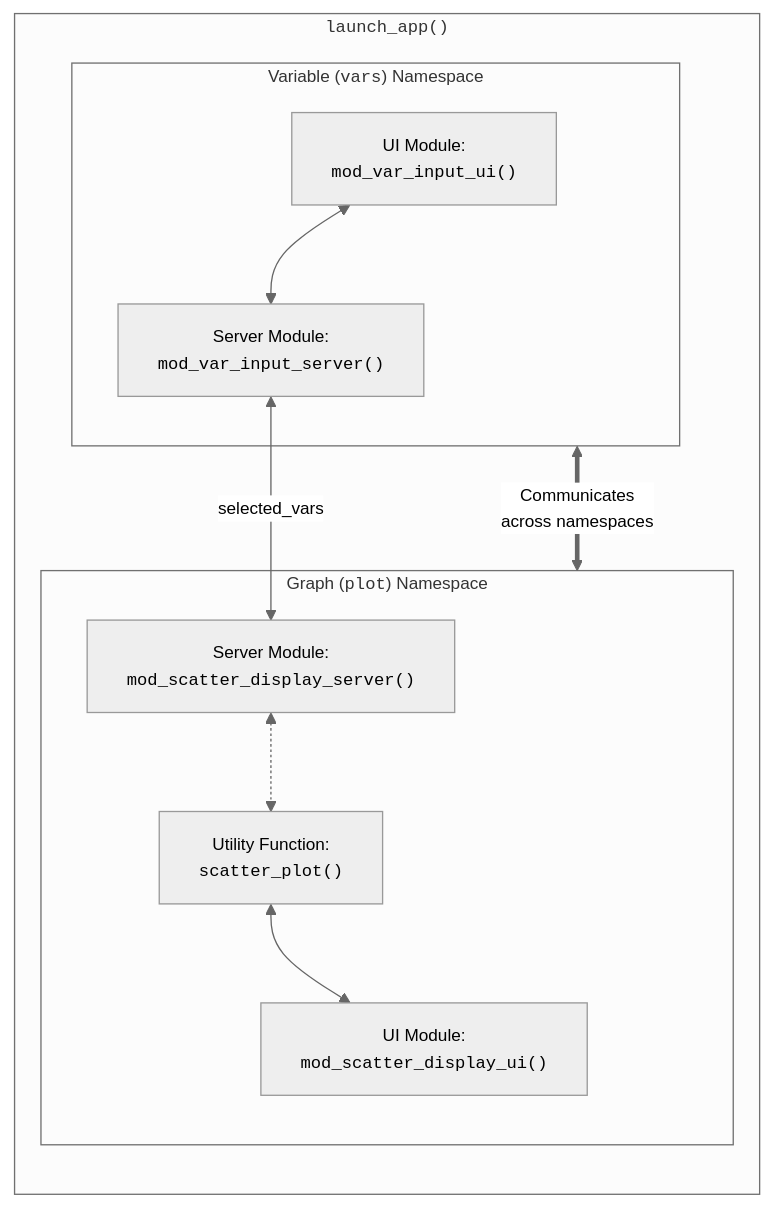
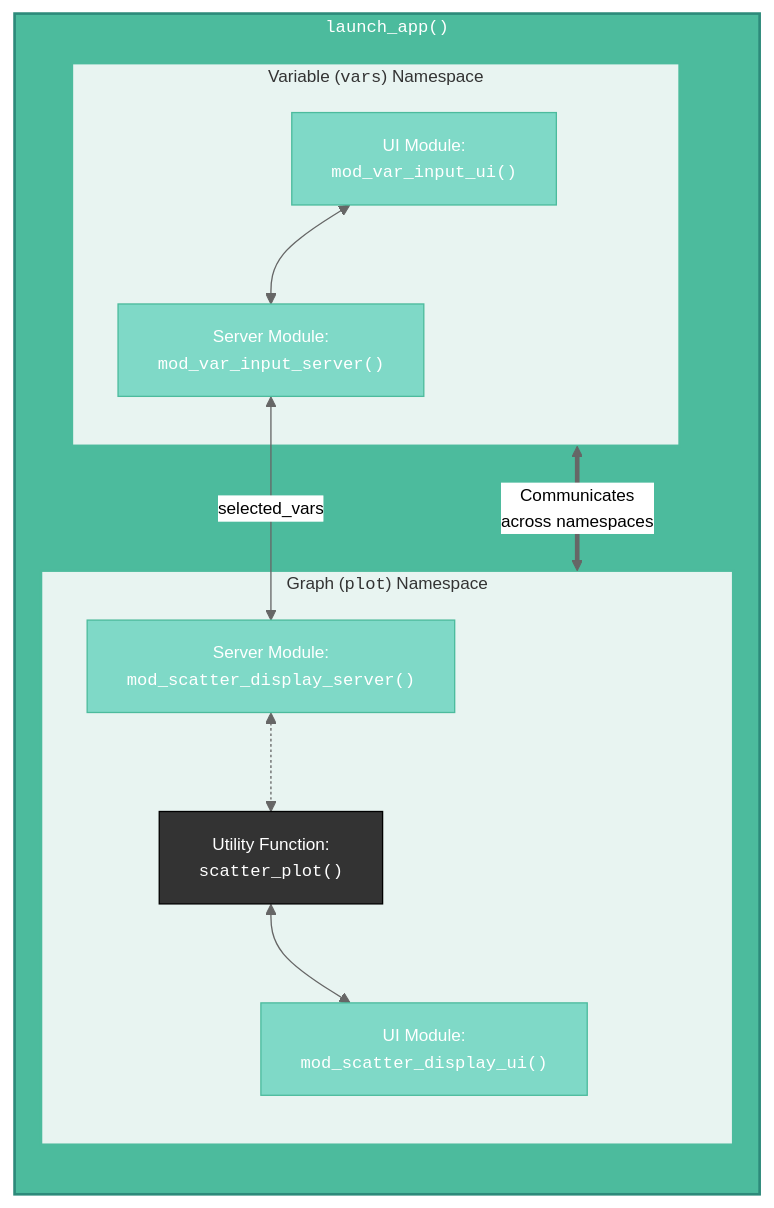
One commit to mjfrigaard/shiny-app-pkgs changed the third of 3 diagrams in shiny.qmd. Above: the diagram before and after it, drawn with Mermaid. The commit also changed other lines of this file, not shown here.

First line of the commit message:
Style all 3 mermaid diagrams in shiny.qmd with teal palette

````diff
--- a/shiny.qmd
+++ b/shiny.qmd
@@ -895,23 +917,32 @@
 ```{mermaid}
 %%| fig-align: center
 %%| fig-cap: 'Standalone app function'
 %%{init: {'theme': 'neutral', 'themeVariables': { 'fontFamily': 'monospace', "fontSize":"13px"}}}%%
 flowchart LR
     subgraph Launch["<code>launch_app()</code>"]
         subgraph VarNS["Variable (<code>vars</code>) Namespace"]
             VarInpuUI["UI Module:<br><code>mod_var_input_ui()</code>"]
             VarInpuServer["Server Module:<br><code>mod_var_input_server()</code>"]
             VarInpuUI <--> VarInpuServer
         end
         subgraph GraphNS["Graph (<code>plot</code>) Namespace"]
         DisplayUI["UI Module:<br><code>mod_scatter_display_ui()</code>"]
         DisplayServer["Server Module:<br><code>mod_scatter_display_server()</code>"]
         PlotUtil["Utility Function:<br><code>scatter_plot()</code>"]
         VarInpuServer <-->|"selected_vars"|DisplayServer
         DisplayServer <-.-> PlotUtil <--> DisplayUI
         end
     end
 
     VarNS <==>|"Communicates<br>across namespaces"| GraphNS
 
+    style Launch fill:#4CBB9D,color:#fff,stroke:#2d8a7a,stroke-width:2px
+    style VarNS fill:#e8f4f1,stroke:#4CBB9D,stroke-width:2px
+    style GraphNS fill:#e8f4f1,stroke:#4CBB9D,stroke-width:2px
+    style VarInpuUI fill:#7fd9c7,color:#fff,stroke:#4CBB9D,stroke-width:1px
+    style VarInpuServer fill:#7fd9c7,color:#fff,stroke:#4CBB9D,stroke-width:1px
+    style DisplayUI fill:#7fd9c7,color:#fff,stroke:#4CBB9D,stroke-width:1px
+    style DisplayServer fill:#7fd9c7,color:#fff,stroke:#4CBB9D,stroke-width:1px
+    style PlotUtil fill:#333,color:#fff,stroke:#000,stroke-width:1px
+
 ```
````
